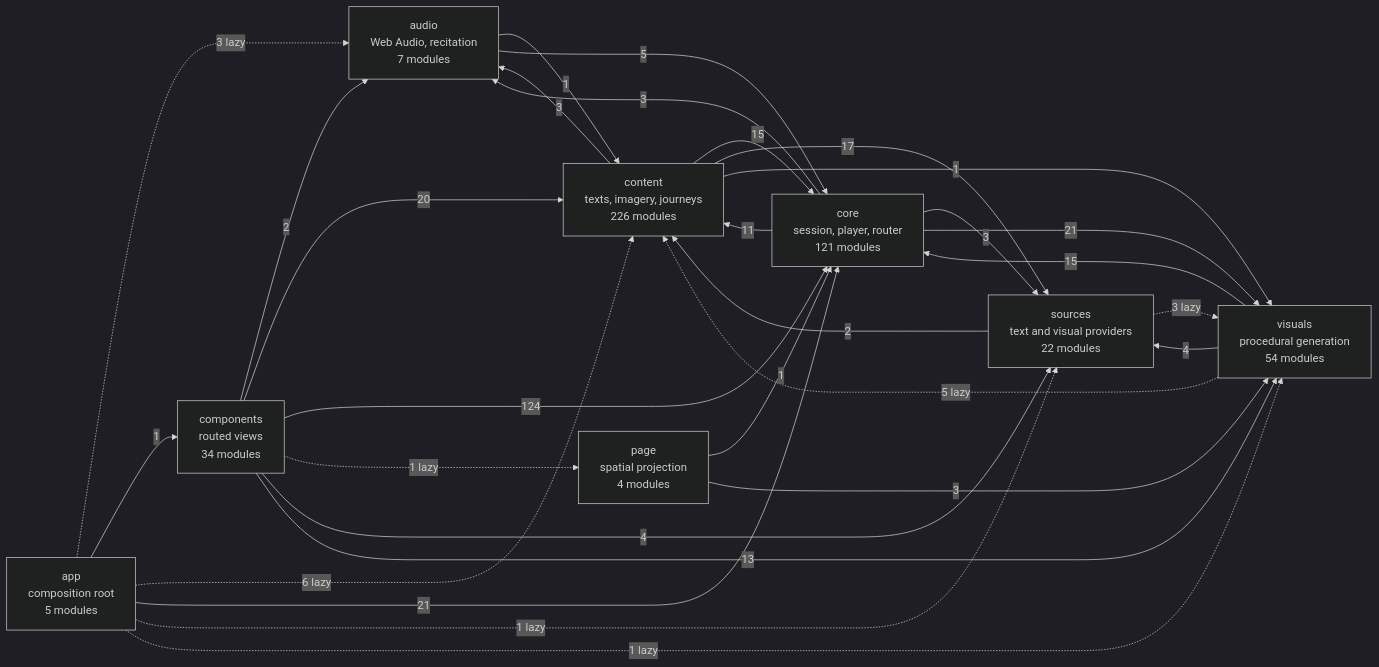
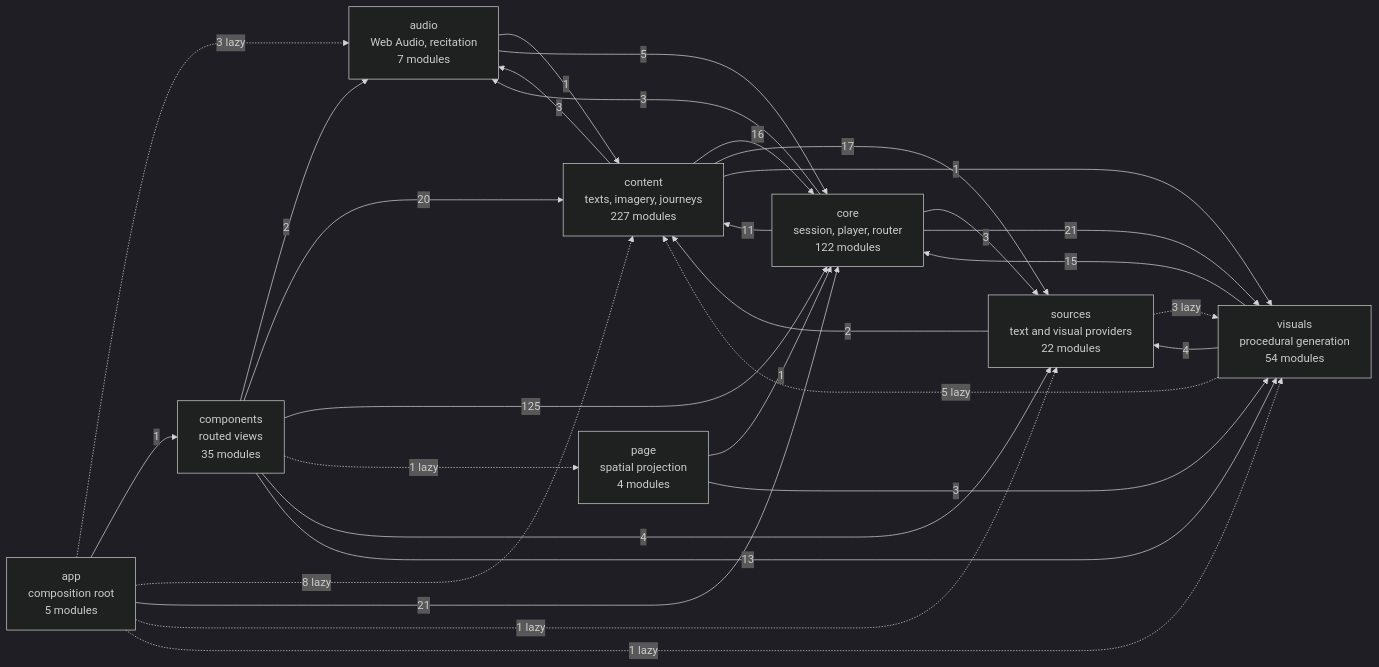
One commit to SyberLabs/RISE changed the diagram in docs/specs/ARCHITECTURE.md. Above: the diagram before and after it, drawn with Mermaid (dark theme). The commit also changed other lines of this file and 28 other files, not shown here.

````diff
--- a/docs/specs/ARCHITECTURE.md
+++ b/docs/specs/ARCHITECTURE.md
@@ -149,41 +149,41 @@
 ```mermaid
 flowchart LR
     app["app<br/>composition root<br/>5 modules"]
     audio["audio<br/>Web Audio, recitation<br/>7 modules"]
-    components["components<br/>routed views<br/>34 modules"]
-    content["content<br/>texts, imagery, journeys<br/>226 modules"]
-    core["core<br/>session, player, router<br/>121 modules"]
+    components["components<br/>routed views<br/>35 modules"]
+    content["content<br/>texts, imagery, journeys<br/>227 modules"]
+    core["core<br/>session, player, router<br/>122 modules"]
     page["page<br/>spatial projection<br/>4 modules"]
     sources["sources<br/>text and visual providers<br/>22 modules"]
     visuals["visuals<br/>procedural generation<br/>54 modules"]
 
     app -.-> |3 lazy| audio
     app --> |1| components
-    app -.-> |6 lazy| content
+    app -.-> |8 lazy| content
     app --> |21| core
     app -.-> |1 lazy| sources
     app -.-> |1 lazy| visuals
     audio --> |1| content
     audio --> |5| core
     components --> |2| audio
     components --> |20| content
-    components --> |124| core
+    components --> |125| core
     components -.-> |1 lazy| page
     components --> |4| sources
     components --> |13| visuals
     content --> |3| audio
-    content --> |15| core
+    content --> |16| core
     content --> |17| sources
     content --> |1| visuals
     core --> |3| audio
     core --> |11| content
     core --> |3| sources
     core --> |21| visuals
     page --> |1| core
     page --> |3| visuals
     sources --> |2| content
     sources -.-> |3 lazy| visuals
     visuals -.-> |5 lazy| content
     visuals --> |15| core
     visuals --> |4| sources
 ```
````
